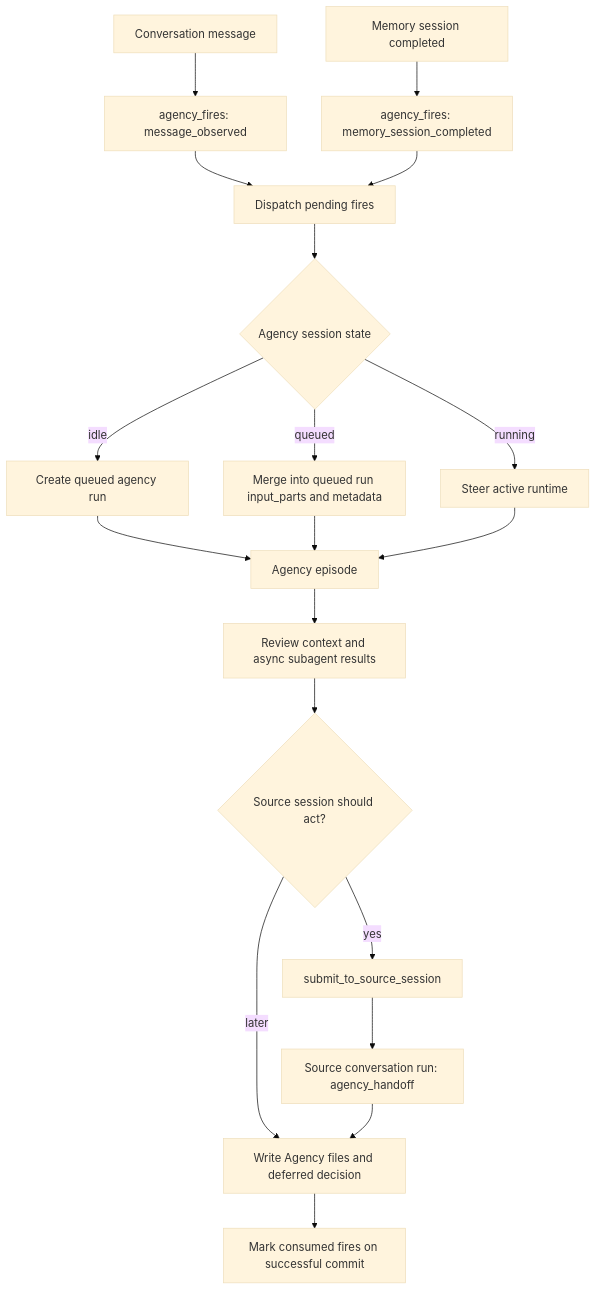
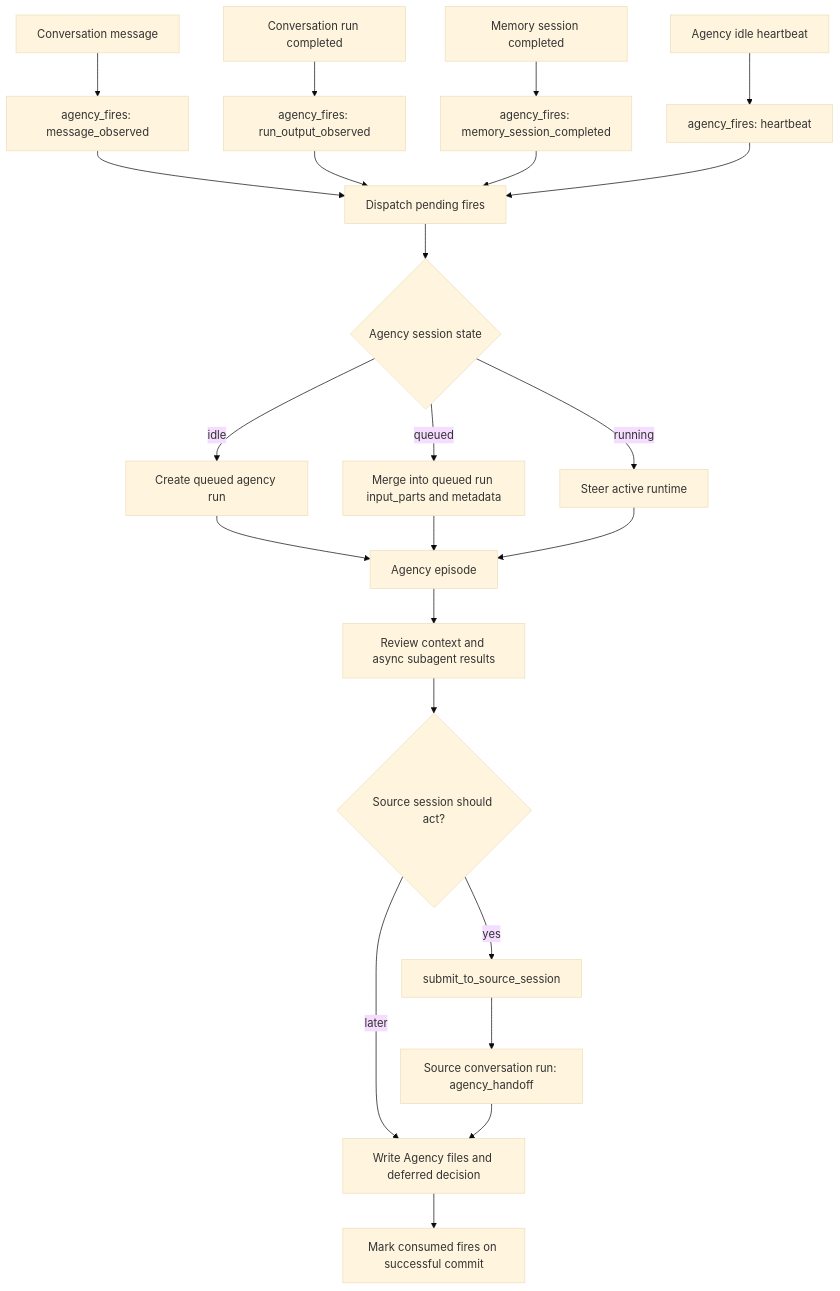
The diagram in packages/ya-claw/spec/11-session-agency.md (Alexsu26/ya-mono), drawn with Mermaid (base theme) before and after one commit. The commit also changed other lines of this file and 7 other files, not shown here.

````diff
--- a/packages/ya-claw/spec/11-session-agency.md
+++ b/packages/ya-claw/spec/11-session-agency.md
@@ -41,21 +44,25 @@
 ```mermaid
 flowchart TD
     MSG[Conversation message] --> MF[agency_fires: message_observed]
+    OUT[Conversation run completed] --> OF[agency_fires: run_output_observed]
     MEM[Memory session completed] --> FF[agency_fires: memory_session_completed]
+    HB[Agency idle heartbeat] --> HF[agency_fires: heartbeat]
     MF --> P[Dispatch pending fires]
+    OF --> P
     FF --> P
+    HF --> P
     P --> S{Agency session state}
     S -->|idle| R[Create queued agency run]
     S -->|queued| Q[Merge into queued run input_parts and metadata]
     S -->|running| T[Steer active runtime]
     R --> A[Agency episode]
     Q --> A
     T --> A
     A --> REVIEW[Review context and async subagent results]
     REVIEW --> H{Source session should act?}
     H -->|yes| SUB[submit_to_source_session]
     SUB --> SRC[Source conversation run: agency_handoff]
     H -->|later| LOG[Write Agency files and deferred decision]
     SRC --> LOG
     LOG --> DONE[Mark consumed fires on successful commit]
 ```
````
